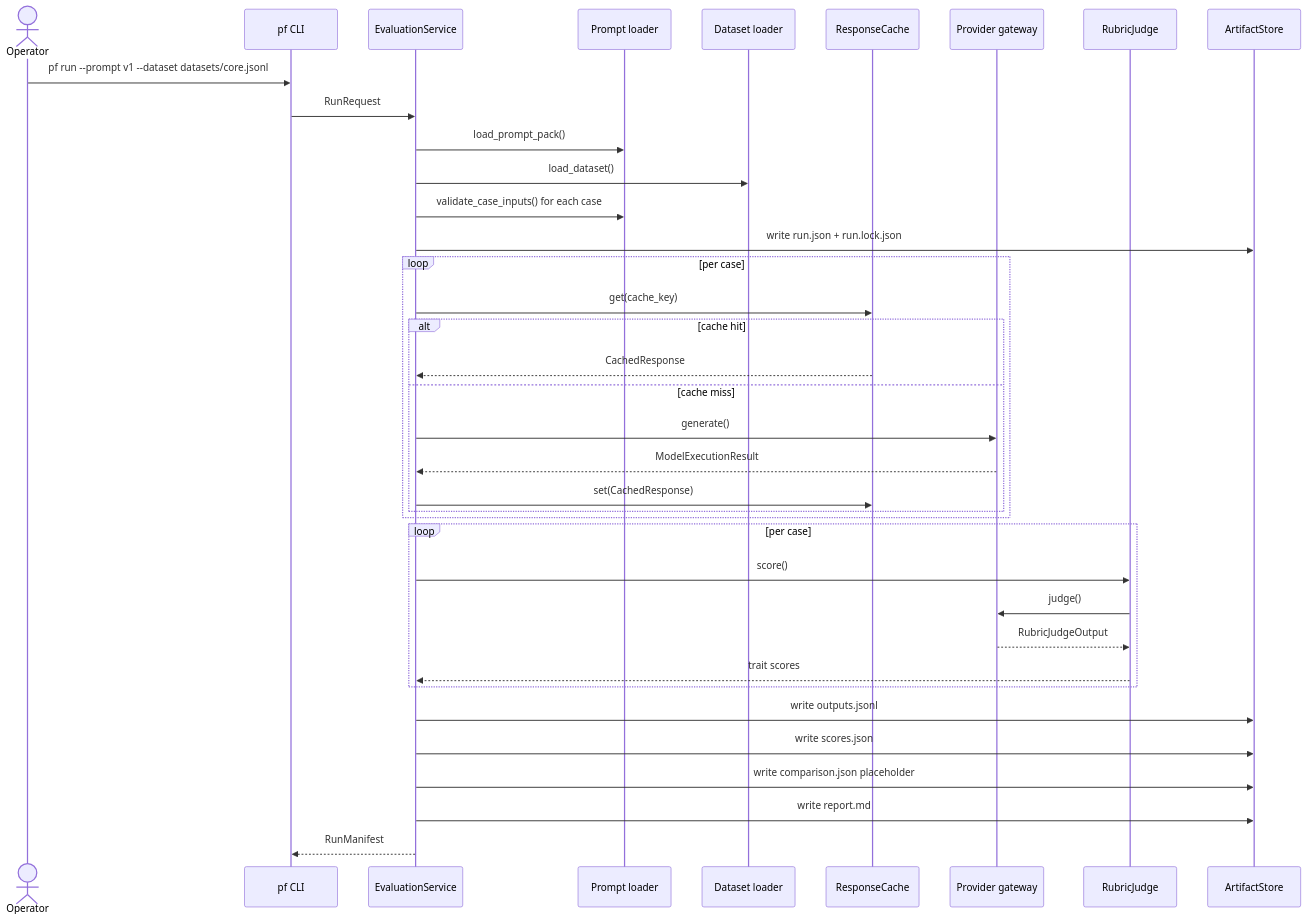
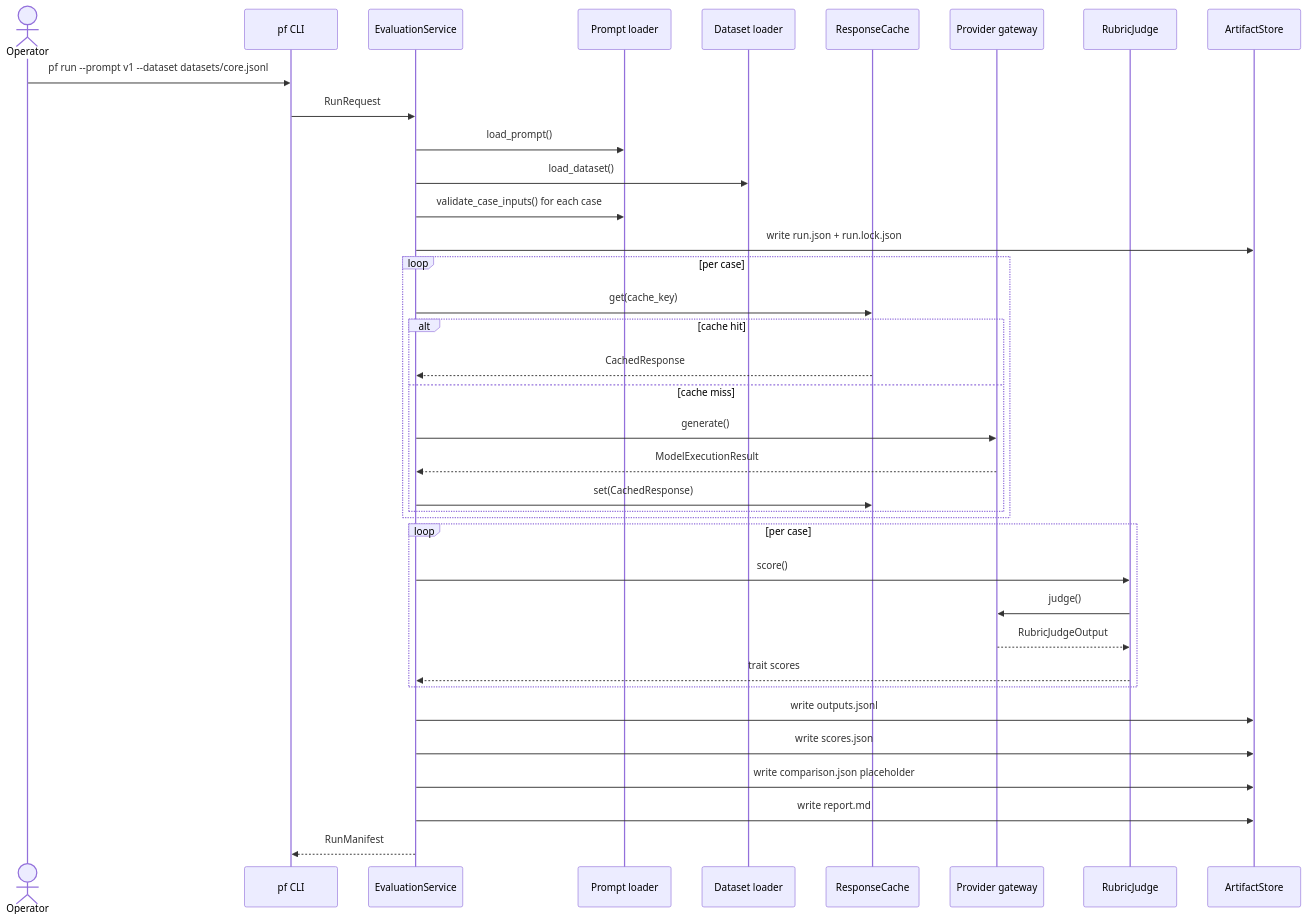
Before and after one commit to MikesHorcrux/PromptForge: the first of 4 diagrams in docs/runtime-and-pipeline.md, drawn with Mermaid. The commit also changed other lines of this file and 14 other files, not shown here.

````diff
--- a/docs/runtime-and-pipeline.md
+++ b/docs/runtime-and-pipeline.md
@@ -16,43 +16,43 @@
 ```mermaid
 sequenceDiagram
   actor Operator
   participant CLI as pf CLI
   participant Service as EvaluationService
   participant Prompts as Prompt loader
   participant Data as Dataset loader
   participant Cache as ResponseCache
   participant Gateway as Provider gateway
   participant Judge as RubricJudge
   participant Store as ArtifactStore
 
   Operator->>CLI: pf run --prompt v1 --dataset datasets/core.jsonl
   CLI->>Service: RunRequest
-  Service->>Prompts: load_prompt_pack()
+  Service->>Prompts: load_prompt()
   Service->>Data: load_dataset()
   Service->>Prompts: validate_case_inputs() for each case
   Service->>Store: write run.json + run.lock.json
 
   loop per case
     Service->>Cache: get(cache_key)
     alt cache hit
       Cache-->>Service: CachedResponse
     else cache miss
       Service->>Gateway: generate()
       Gateway-->>Service: ModelExecutionResult
       Service->>Cache: set(CachedResponse)
     end
   end
 
   loop per case
     Service->>Judge: score()
     Judge->>Gateway: judge()
     Gateway-->>Judge: RubricJudgeOutput
     Judge-->>Service: trait scores
   end
 
   Service->>Store: write outputs.jsonl
   Service->>Store: write scores.json
   Service->>Store: write comparison.json placeholder
   Service->>Store: write report.md
   Service-->>CLI: RunManifest
 ```
````
